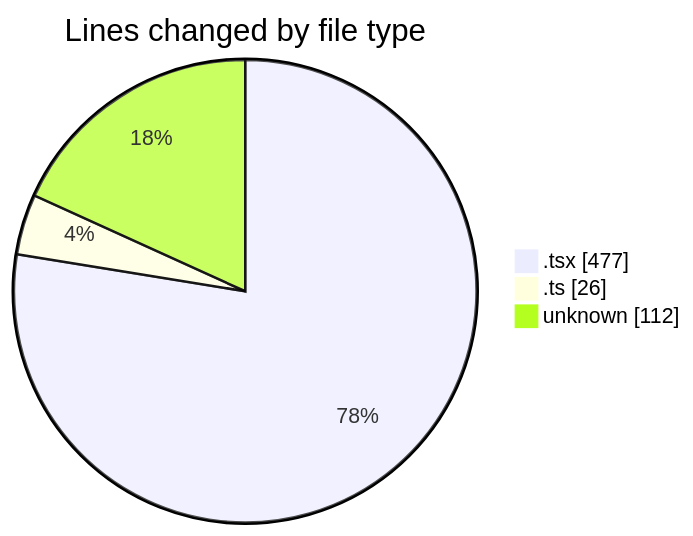
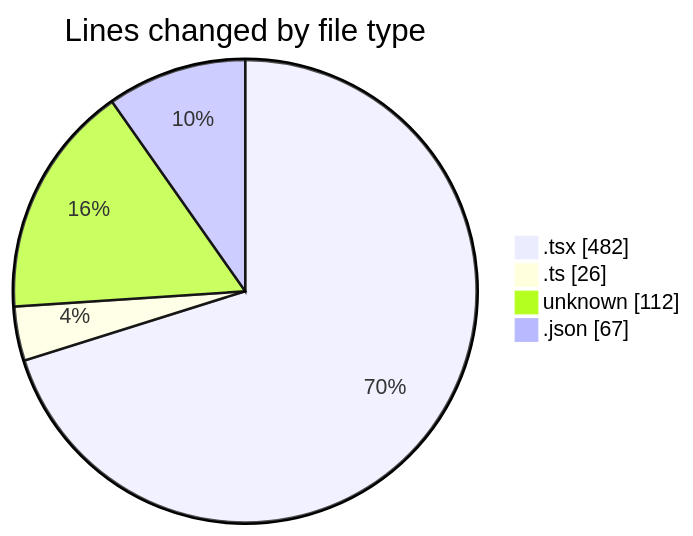
Before and after one commit to momahboobian/code-tracking: the first of 2 diagrams in 2026-04-28/cda/README.md, drawn with Mermaid. The commit also changed other lines of this file and 1 other file, not shown here.

````diff
--- a/2026-04-28/cda/README.md
+++ b/2026-04-28/cda/README.md
@@ -25,7 +26,8 @@
 ```mermaid
 pie showData
 title Lines changed by file type
-".tsx" : 477
+".tsx" : 482
 ".ts" : 26
 "unknown" : 112
+".json" : 67
 ```
````
